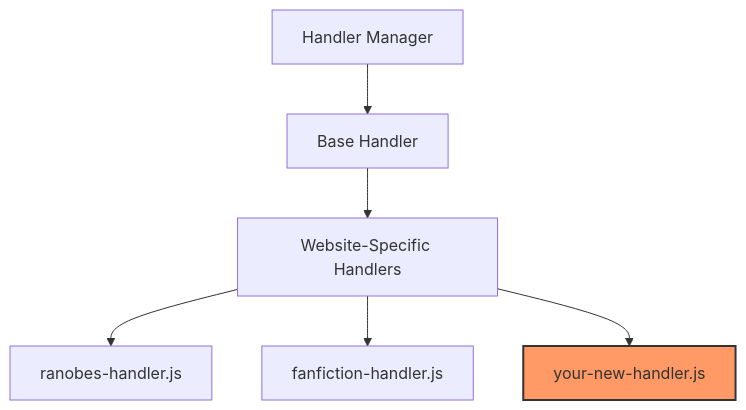
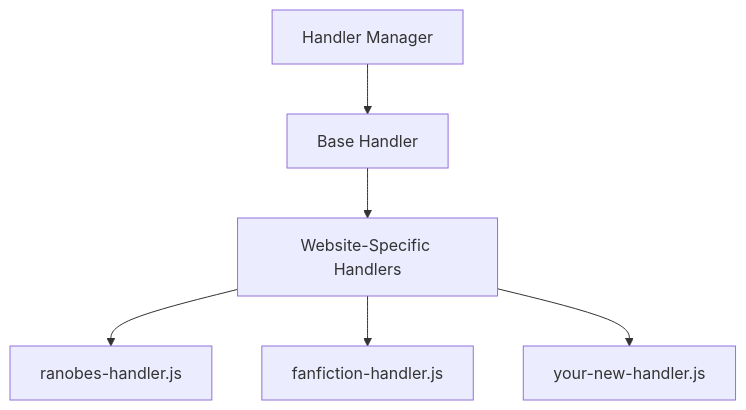
The first of 6 diagrams in docs/ADDING_NEW_WEBSITES.md (Life-Experimentalist/RanobeGemini), drawn with Mermaid before and after one commit. The commit also changed other lines of this file and 28 other files, not shown here.

````diff
--- a/docs/ADDING_NEW_WEBSITES.md
+++ b/docs/ADDING_NEW_WEBSITES.md
@@ -9,10 +9,10 @@
 ```mermaid
 graph TD
     A[Handler Manager] --> B[Base Handler]
     B --> C[Website-Specific Handlers]
     C --> D[ranobes-handler.js]
     C --> E[fanfiction-handler.js]
     C --> F[your-new-handler.js]
 
-    style F fill:#f96,stroke:#333,stroke-width:2px
+
 ```
````
